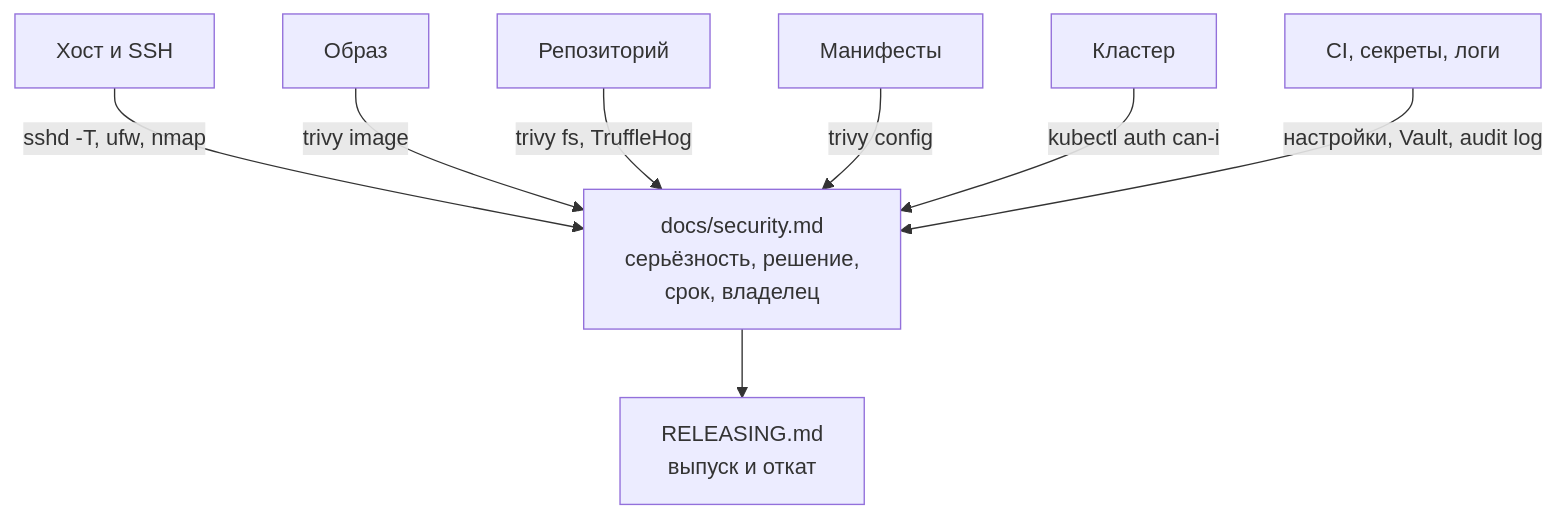
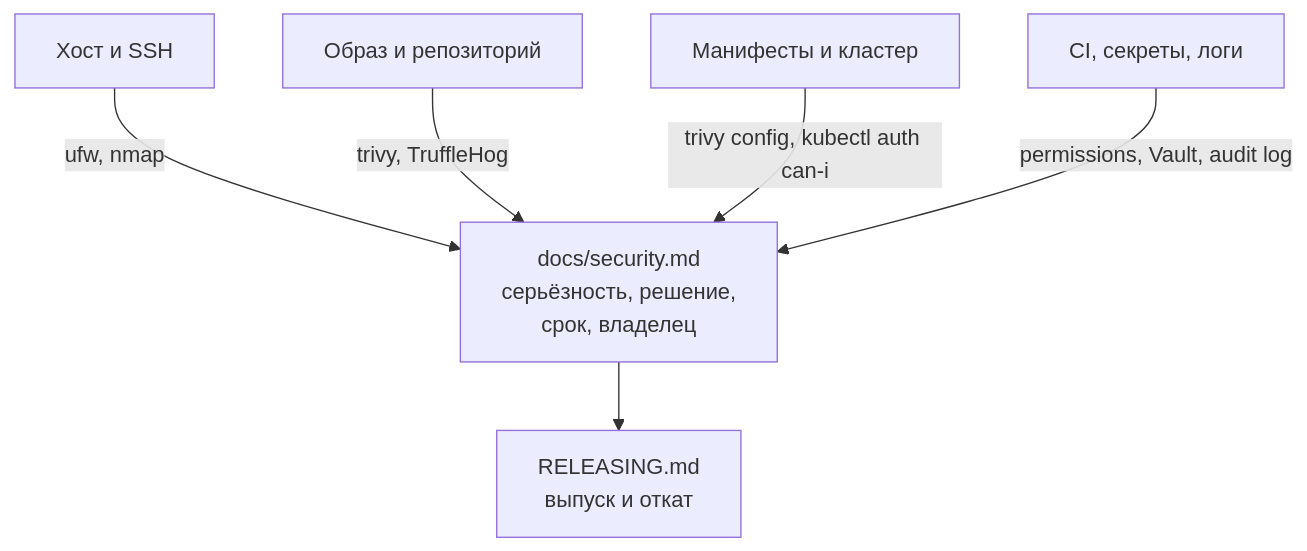
Before and after one commit to distinguished-sre/learning: the first of 4 diagrams in devops/10-capstone/05-security-review.md, drawn with Mermaid. The commit also changed other lines of this file and 462 other files, not shown here.

````diff
--- a/devops/10-capstone/05-security-review.md
+++ b/devops/10-capstone/05-security-review.md
@@ -47,10 +55,8 @@
 ```mermaid
 flowchart TD
-    A["Хост и SSH"] -->|sshd -T, ufw, nmap| Z["docs/security.md<br>серьёзность, решение,<br>срок, владелец"]
-    B["Образ"] -->|trivy image| Z
-    C["Репозиторий"] -->|trivy fs, TruffleHog| Z
-    D["Манифесты"] -->|trivy config| Z
-    E["Кластер"] -->|kubectl auth can-i| Z
-    F["CI, секреты, логи"] -->|настройки, Vault, audit log| Z
+    A["Хост и SSH"] -->|ufw, nmap| Z["docs/security.md<br>серьёзность, решение,<br>срок, владелец"]
+    B["Образ и репозиторий"] -->|trivy, TruffleHog| Z
+    C["Манифесты и кластер"] -->|trivy config, kubectl auth can-i| Z
+    D["CI, секреты, логи"] -->|permissions, Vault, audit log| Z
     Z --> R["RELEASING.md<br>выпуск и откат"]
 ```
````
